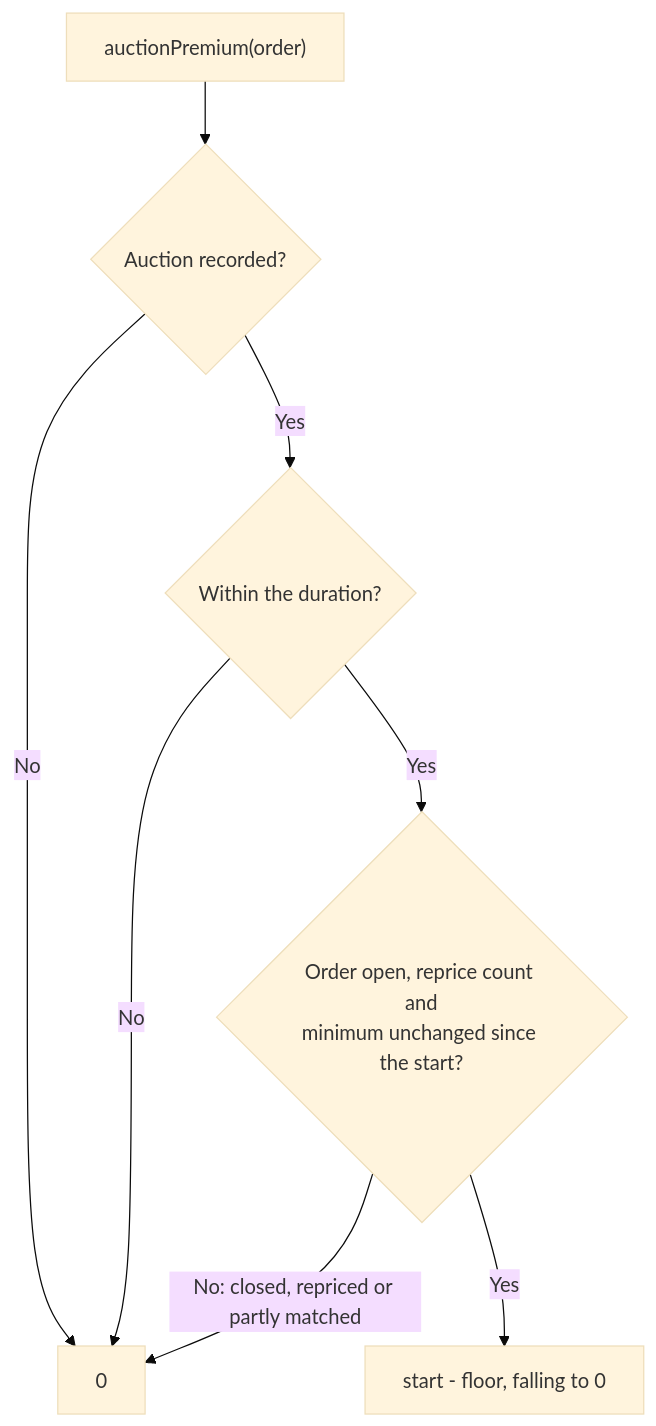
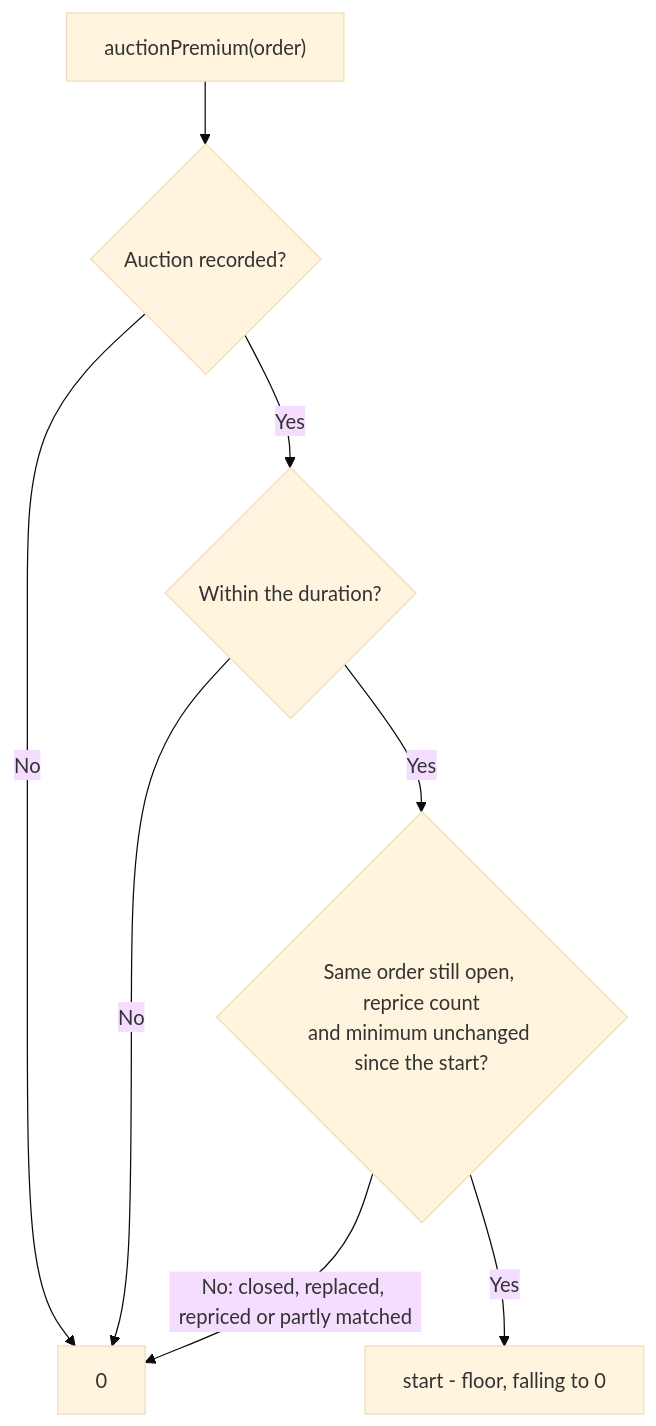
One commit to asyncswap/contracts changed the first of 2 diagrams in docs/dutch-auction.md. Above: the diagram before and after it, drawn with Mermaid (base theme). The commit also changed other lines of this file and 2 other files, not shown here.

Commit message:
Dutch auctions: bind each auction to one order
An identical order placed in the same block after an earlier one closed
gets the same id, and the auction record outlives its order, so the new
order inherited the old auction: plain fills reverted AuctionRunning and
flash fillers paid a premium the maker never set. Auctions now record the
order's createdSequence (the guard signed reprices and cancels already
use), and premium() is zero unless it matches.

````diff
--- a/docs/dutch-auction.md
+++ b/docs/dutch-auction.md
@@ -32,10 +32,10 @@
 ```mermaid
 flowchart TD
     P["auctionPremium(order)"] --> A{"Auction recorded?"}
     A -- "No" --> Z["0"]
     A -- "Yes" --> D{"Within the duration?"}
     D -- "No" --> Z
-    D -- "Yes" --> O{"Order open, reprice count and<br/>minimum unchanged since the start?"}
-    O -- "No: closed, repriced or partly matched" --> Z
+    D -- "Yes" --> O{"Same order still open, reprice count<br/>and minimum unchanged since the start?"}
+    O -- "No: closed, replaced, repriced or partly matched" --> Z
     O -- "Yes" --> S["start - floor, falling to 0"]
 ```
````
